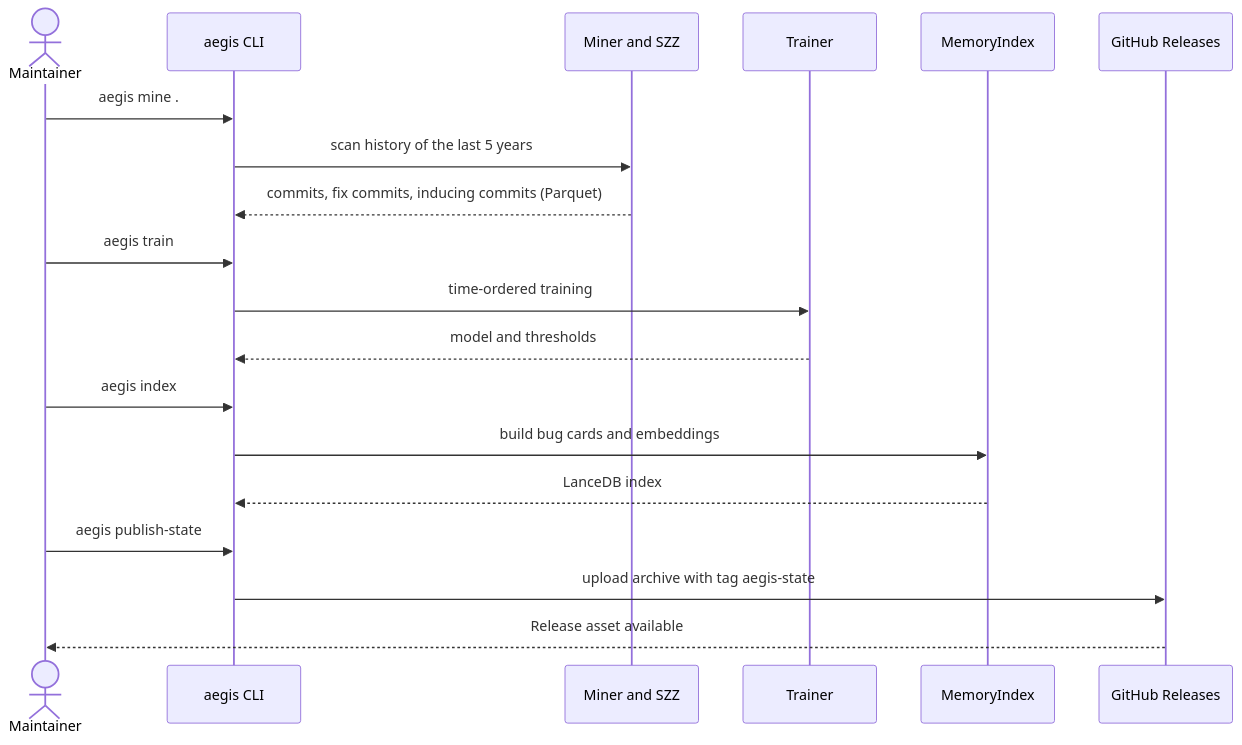
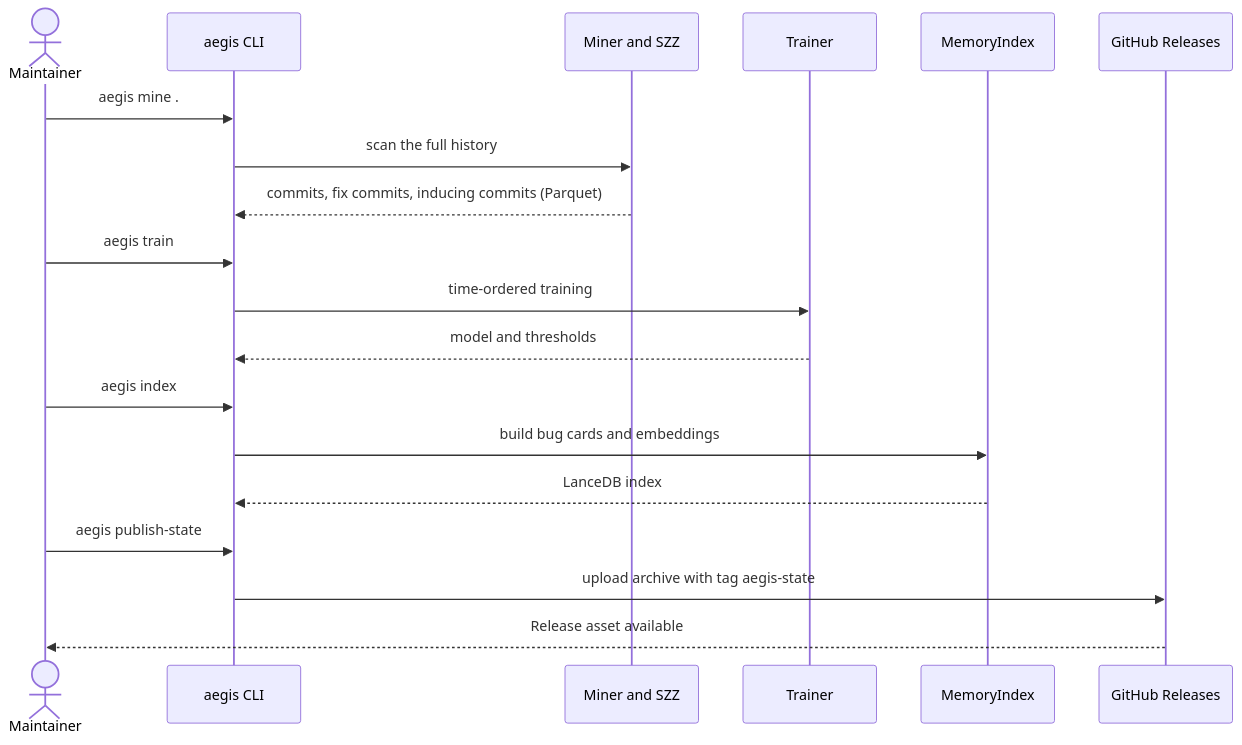
Before and after one commit to mhmtemnbgr1/Aegis: the fifth of 12 diagrams in docs/rad.md, drawn with Mermaid. The commit also changed other lines of this file and 9 other files, not shown here.

First line of the commit message:
feat(mining): run SZZ over the full history by default

````diff
--- a/docs/rad.md
+++ b/docs/rad.md
@@ -964,22 +964,22 @@
 ```mermaid
 sequenceDiagram
     actor M as Maintainer
     participant CLI as aegis CLI
     participant MIN as Miner and SZZ
     participant TR as Trainer
     participant IDX as MemoryIndex
     participant GH as GitHub Releases
 
     M->>CLI: aegis mine .
-    CLI->>MIN: scan history of the last 5 years
+    CLI->>MIN: scan the full history
     MIN-->>CLI: commits, fix commits, inducing commits (Parquet)
     M->>CLI: aegis train
     CLI->>TR: time-ordered training
     TR-->>CLI: model and thresholds
     M->>CLI: aegis index
     CLI->>IDX: build bug cards and embeddings
     IDX-->>CLI: LanceDB index
     M->>CLI: aegis publish-state
     CLI->>GH: upload archive with tag aegis-state
     GH-->>M: Release asset available
 ```
````
